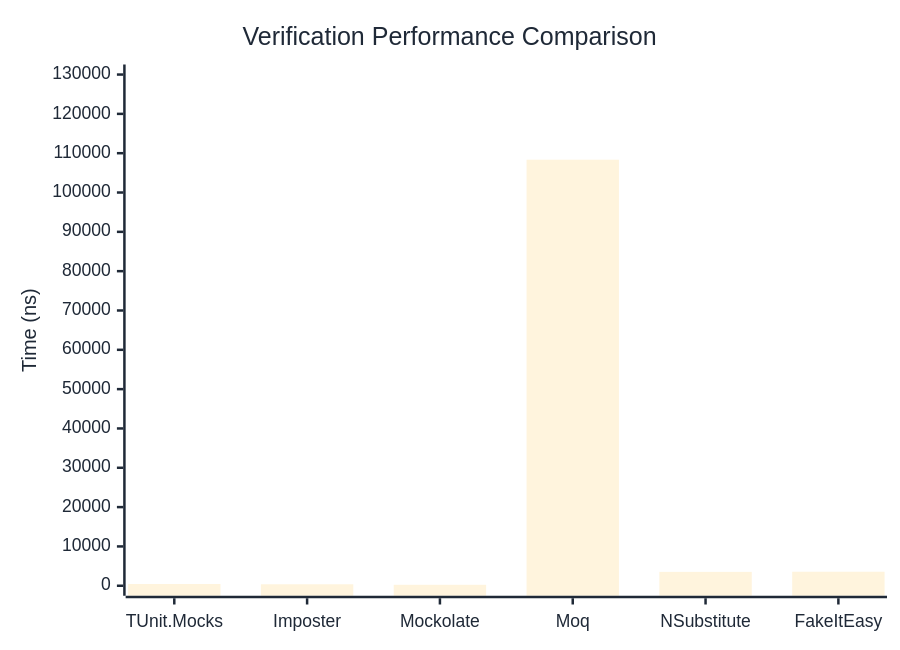
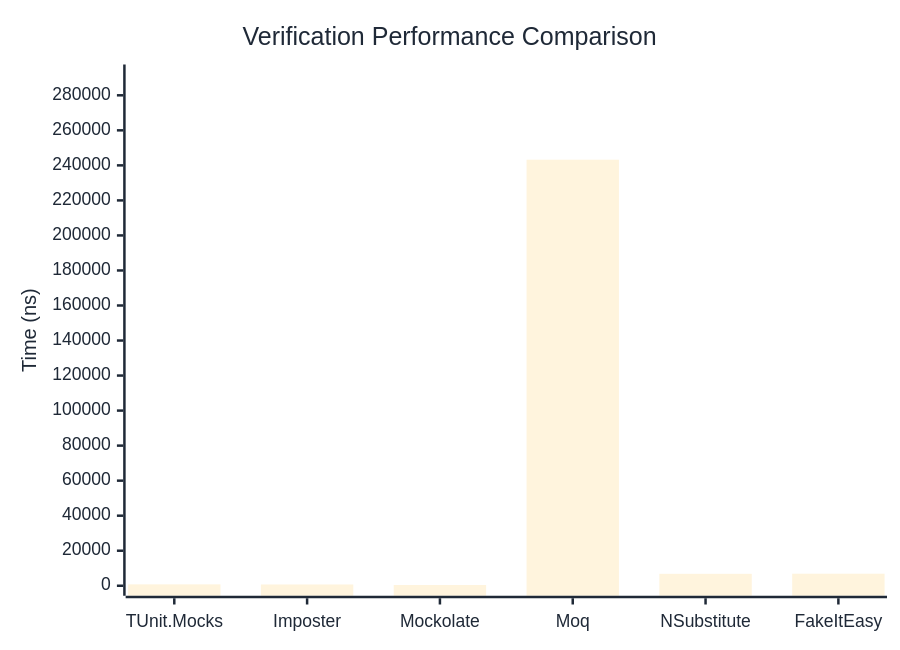
Before and after one commit to thomhurst/TUnit: the first of 3 diagrams in docs/docs/benchmarks/mocks/Verification.md, drawn with Mermaid. The commit also changed other lines of this file and 14 other files, not shown here.

````diff
--- a/docs/docs/benchmarks/mocks/Verification.md
+++ b/docs/docs/benchmarks/mocks/Verification.md
@@ -30,27 +30,27 @@
 ```mermaid
 %%{init: {
   'theme':'base',
   'themeVariables': {
     'primaryColor': '#2563eb',
     'primaryTextColor': '#1f2937',
     'primaryBorderColor': '#1e40af',
     'lineColor': '#6b7280',
     'secondaryColor': '#7c3aed',
     'tertiaryColor': '#dc2626',
     'background': '#ffffff',
     'pie1': '#2563eb',
     'pie2': '#7c3aed',
     'pie3': '#dc2626',
     'pie4': '#f59e0b',
     'pie5': '#10b981',
     'pie6': '#06b6d4',
     'pie7': '#ec4899',
     'pie8': '#6366f1'
   }
 }}%%
 xychart-beta
   title "Verification Performance Comparison"
   x-axis ["TUnit.Mocks", "Imposter", "Mockolate", "Moq", "NSubstitute", "FakeItEasy"]
-  y-axis "Time (ns)" 0 --> 130013
-  bar [440.48, 376.01, 246.6, 108344.12, 3530.05, 3566.14]
+  y-axis "Time (ns)" 0 --> 291877
+  bar [793.9, 720.02, 418.74, 243230.07, 6812.11, 6884.14]
 ```
````
